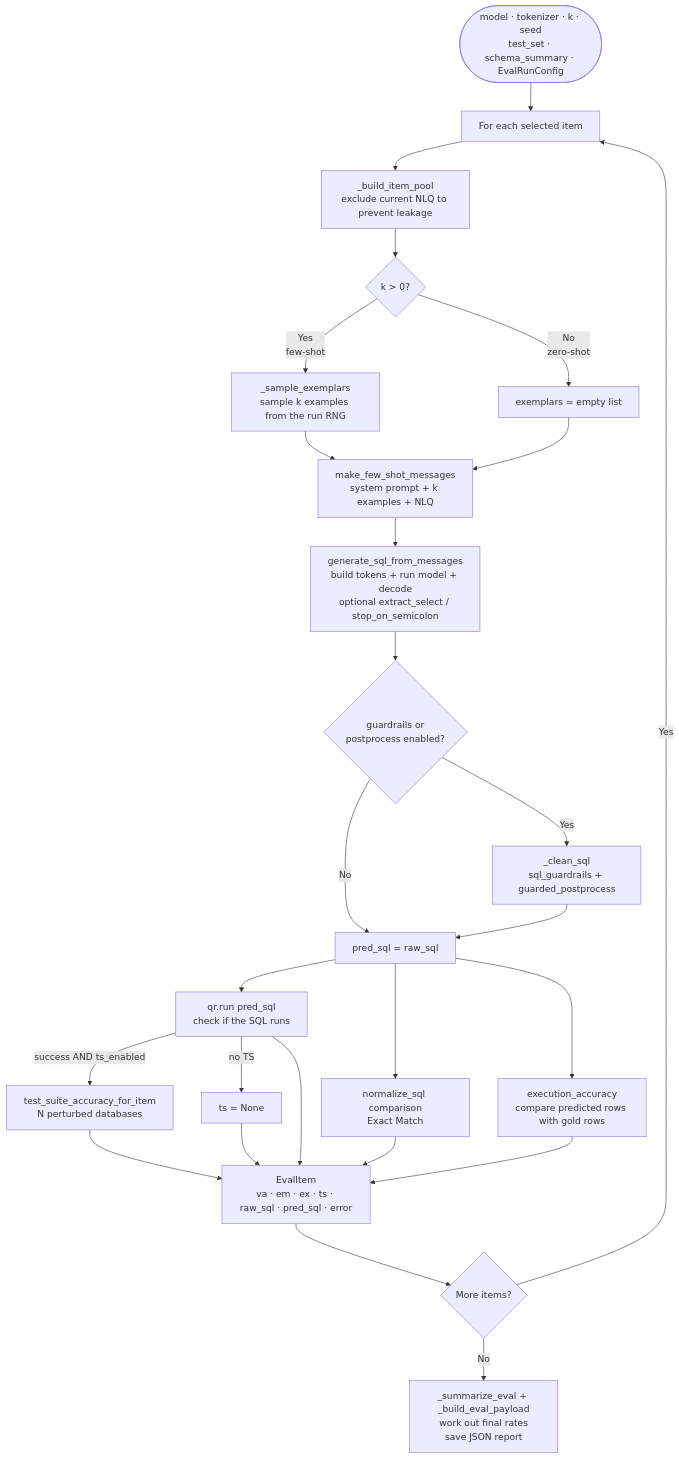
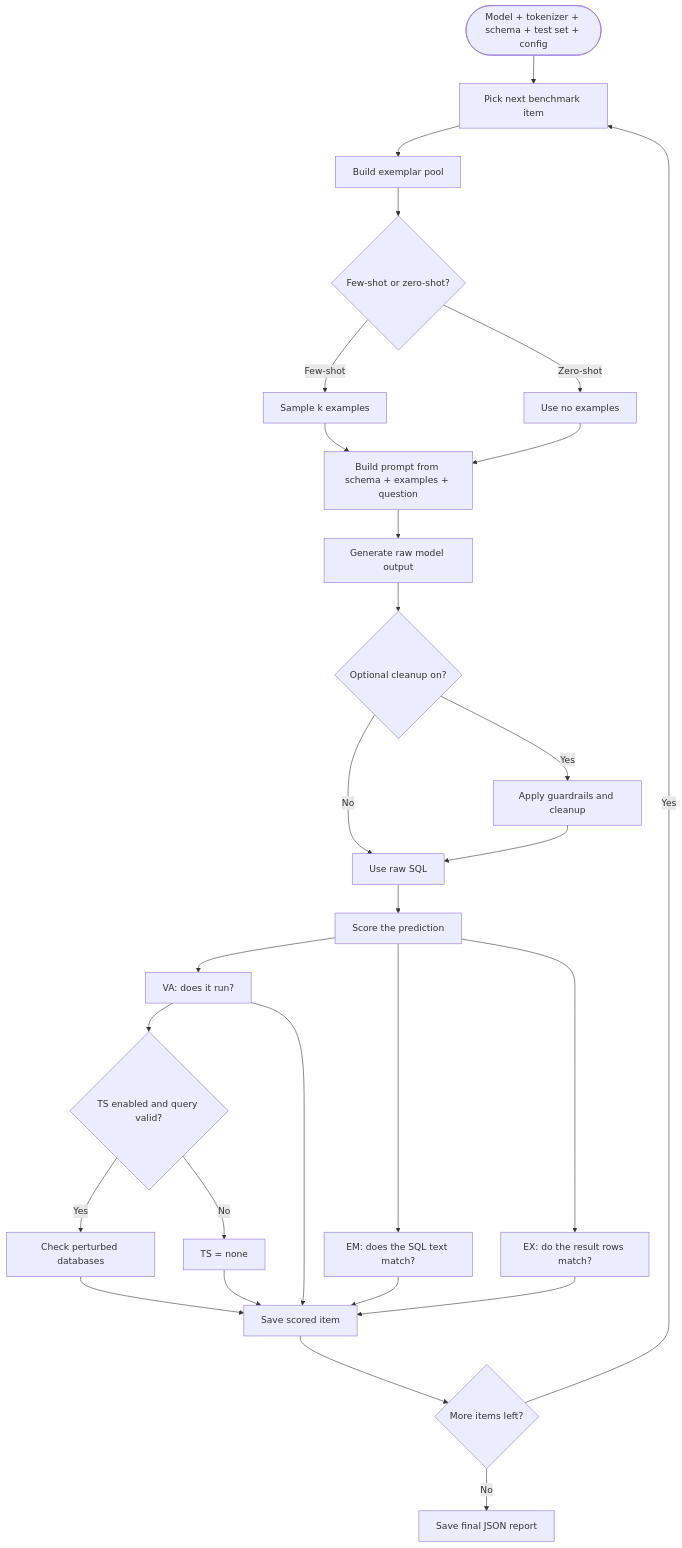
One commit to MacKenzieOBrian/NLtoSQL changed the second of 6 diagrams in diagrams.md. Above: the diagram before and after it, drawn with Mermaid. The commit also changed other lines of this file and 4 other files, not shown here.

````diff
--- a/diagrams.md
+++ b/diagrams.md
@@ -47,35 +41,36 @@
 ```mermaid
 flowchart TD
-    INIT([model · tokenizer · k · seed\ntest_set · schema_summary · EvalRunConfig]) --> LOOP[For each selected item]
+    SETUP([Model + tokenizer + schema + test set + config]) --> LOOP[Pick next benchmark item]
 
-    LOOP --> POOL[_build_item_pool\nexclude current NLQ to prevent leakage]
-    POOL --> SAMPLE{k > 0?}
-    SAMPLE -- Yes\nfew-shot --> DRAW[_sample_exemplars\nsample k examples from the run RNG]
-    SAMPLE -- No\nzero-shot --> EMPTY[exemplars = empty list]
-    DRAW --> MSGS[make_few_shot_messages\nsystem prompt + k examples + NLQ]
-    EMPTY --> MSGS
+    LOOP --> POOL[Build exemplar pool]
+    POOL --> SHOTS{Few-shot or zero-shot?}
+    SHOTS -- Few-shot --> SAMPLE[Sample k examples]
+    SHOTS -- Zero-shot --> EMPTY[Use no examples]
 
-    MSGS --> GEN[generate_sql_from_messages\nbuild tokens + run model + decode\noptional extract_select / stop_on_semicolon]
+    SAMPLE --> PROMPT[Build prompt from schema + examples + question]
+    EMPTY --> PROMPT
 
-    GEN --> LAYER{guardrails or\npostprocess enabled?}
-    LAYER -- No --> PRED[pred_sql = raw_sql]
-    LAYER -- Yes --> OPT[_clean_sql\nsql_guardrails + guarded_postprocess]
-    OPT --> PRED
+    PROMPT --> MODEL[Generate raw model output]
+    MODEL --> CLEAN{Optional cleanup on?}
+    CLEAN -- No --> SQL[Use raw SQL]
+    CLEAN -- Yes --> FIXSQL[Apply guardrails and cleanup]
+    FIXSQL --> SQL
 
-    PRED --> VA[qr.run pred_sql\ncheck if the SQL runs]
-    PRED --> EM[normalize_sql comparison\nExact Match]
-    PRED --> EX[execution_accuracy\ncompare predicted rows with gold rows]
+    SQL --> SCORE[Score the prediction]
+    SCORE --> VA[VA: does it run?]
+    SCORE --> EM[EM: does the SQL text match?]
+    SCORE --> EX[EX: do the result rows match?]
+    VA --> TS{TS enabled and query valid?}
+    TS -- Yes --> TSRUN[Check perturbed databases]
+    TS -- No --> TSNONE[TS = none]
 
-    VA -- success AND ts_enabled --> TS[test_suite_accuracy_for_item\nN perturbed databases]
-    VA -- no TS --> TSN[ts = None]
+    VA --> SAVE[Save scored item]
+    EM --> SAVE
+    EX --> SAVE
+    TSRUN --> SAVE
+    TSNONE --> SAVE
 
-    VA --> ITEM[EvalItem\nva · em · ex · ts · raw_sql · pred_sql · error]
-    EM --> ITEM
-    EX --> ITEM
-    TS --> ITEM
-    TSN --> ITEM
-
-    ITEM --> NEXT{More items?}
-    NEXT -- Yes --> LOOP
-    NEXT -- No --> AGG[_summarize_eval + _build_eval_payload\nwork out final rates\nsave JSON report]
+    SAVE --> MORE{More items left?}
+    MORE -- Yes --> LOOP
+    MORE -- No --> REPORT[Save final JSON report]
 ```
````
